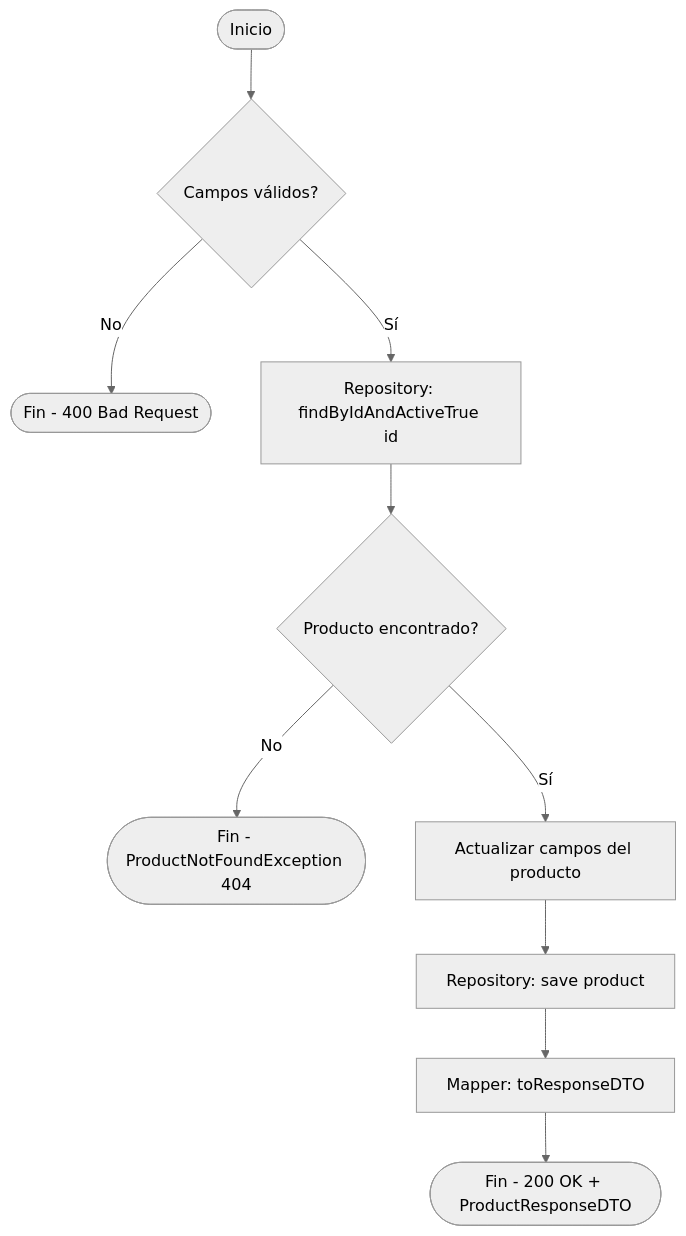
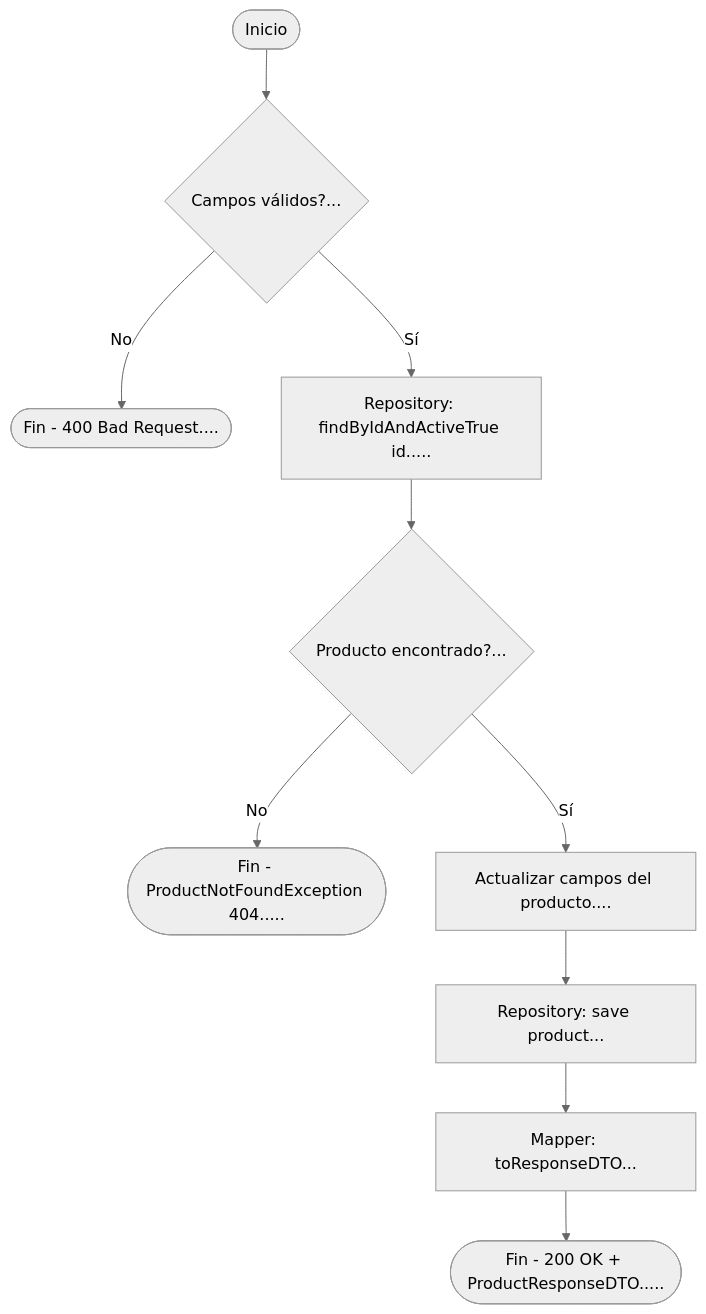
One commit to dazayamil/Sales-Management-API changed the diagram in docs/system-flows/products/flow-update-product.md. Above: the diagram before and after it, drawn with Mermaid (neutral theme). The commit also changed 5 other files, not shown here.

````diff
--- a/docs/system-flows/products/flow-update-product.md
+++ b/docs/system-flows/products/flow-update-product.md
@@ -3,12 +3,12 @@
 ```mermaid
 flowchart TD
-    A([Inicio]) --> B{Campos válidos?}
-    B -->|No| C([Fin - 400 Bad Request])
-    B -->|Sí| D[Repository: findByIdAndActiveTrue id]
-    D --> E{Producto encontrado?}
-    E -->|No| F([Fin - ProductNotFoundException 404])
-    E -->|Sí| G[Actualizar campos del producto]
-    G --> H[Repository: save product]
-    H --> I[Mapper: toResponseDTO]
-    I --> J([Fin - 200 OK + ProductResponseDTO])
+    A([Inicio]) --> B{Campos válidos?...}
+    B -->|No| C([Fin - 400 Bad Request....])
+    B -->|Sí| D[Repository: findByIdAndActiveTrue id.....]
+    D --> E{Producto encontrado?...}
+    E -->|No| F([Fin - ProductNotFoundException 404.....])
+    E -->|Sí| G[Actualizar campos del producto....]
+    G --> H[Repository: save product...]
+    H --> I[Mapper: toResponseDTO...]
+    I --> J([Fin - 200 OK + ProductResponseDTO.....])
 ```
````
